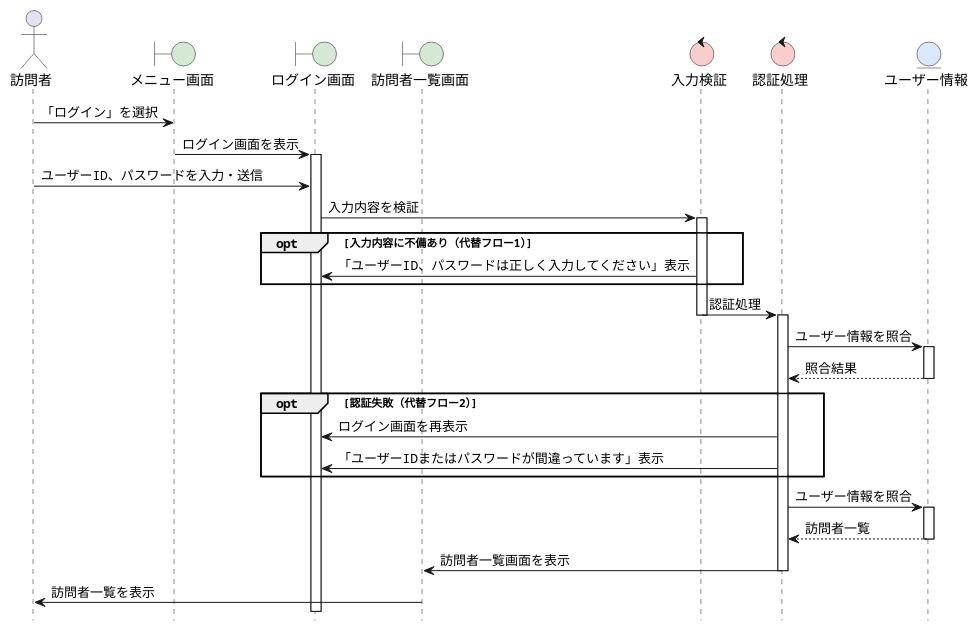
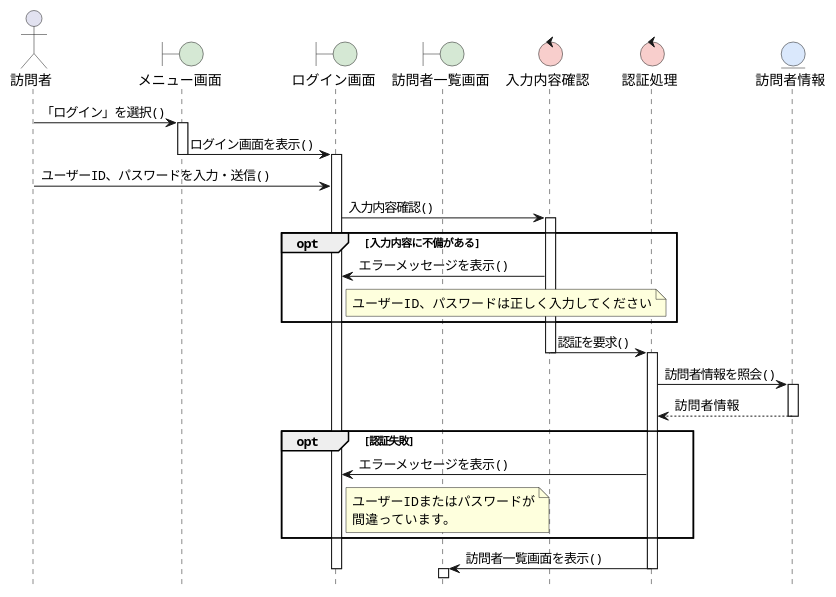
Before and after one commit to okazaki278/ohara_uml: the diagram in group/07_web_visitor/sequence_02_login.pu, drawn with PlantUML. The commit also changed other lines of this file, not shown here.

```diff
--- a/group/07_web_visitor/sequence_02_login.pu
+++ b/group/07_web_visitor/sequence_02_login.pu
@@ -1,51 +3,58 @@
-@startuml Web訪問者システム-ログインシーケンス図
+@startuml Web訪問者システム-ログイン機能シーケンス図
 hide footbox
 skinparam boundaryBackgroundColor #D5E8D4
 skinparam controlBackgroundColor  #F8CECC
 skinparam entityBackgroundColor   #DAE8FC
-
+ 
 actor 訪問者 as A
 boundary メニュー画面 as B1
 boundary ログイン画面 as B2
 boundary 訪問者一覧画面 as B3
-control 入力検証 as C1
+control 入力内容確認 as C1
 control 認証処理 as C2
-entity ユーザー情報 as E
-
-A -> B1: 「ログイン」を選択
-B1 -> B2: ログイン画面を表示
+entity 訪問者情報 as E
+ 
+A -> B1: 「ログイン」を選択()
+activate B1
+ 
+B1 -> B2: ログイン画面を表示()
+deactivate B1
 activate B2
-
-A -> B2: ユーザーID、パスワードを入力・送信
-B2 -> C1: 入力内容を検証
+ 
+A -> B2: ユーザーID、パスワードを入力・送信()
+ 
+B2 -> C1: 入力内容確認()
 activate C1
-
-opt 入力内容に不備あり（代替フロー1）
-    C1 -> B2: 「ユーザーID、パスワードは正しく入力してください」表示
-    
+ 
+opt 入力内容に不備がある
+    C1 -> B2: エラーメッセージを表示()
+    note right of B2
+     ユーザーID、パスワードは正しく入力してください
+    end note
 end
-
-C1 -> C2: 認証処理
+ 
+C1 -> C2: 認証を要求()
 deactivate C1
 activate C2
-
-C2 -> E: ユーザー情報を照合
+ 
+C2 -> E: 訪問者情報を照会()
 activate E
-E --> C2: 照合結果
+ 
+E --> C2: 訪問者情報
 deactivate E
-
-opt 認証失敗（代替フロー2）
-    C2 -> B2: ログイン画面を再表示
-    C2 -> B2: 「ユーザーIDまたはパスワードが間違っています」表示
+ 
+opt 認証失敗
+    C2 -> B2: エラーメッセージを表示()
+    note right of B2
+     ユーザーIDまたはパスワードが
+     間違っています。
+    end note
 end
-
-C2 -> E: ユーザー情報を照合
-activate E
-E --> C2: 訪問者一覧
-deactivate E
-
-C2 -> B3: 訪問者一覧画面を表示
+ 
+' 認証成功
+C2 -> B3: 訪問者一覧画面を表示()
 deactivate C2
-B3 -> A: 訪問者一覧を表示
-
+deactivate B2
+activate B3
+ 
 @enduml
```
